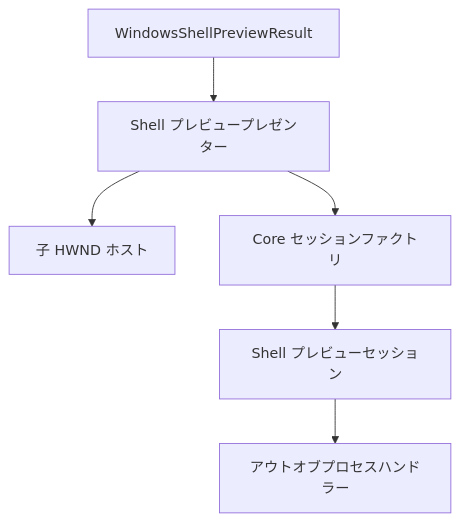
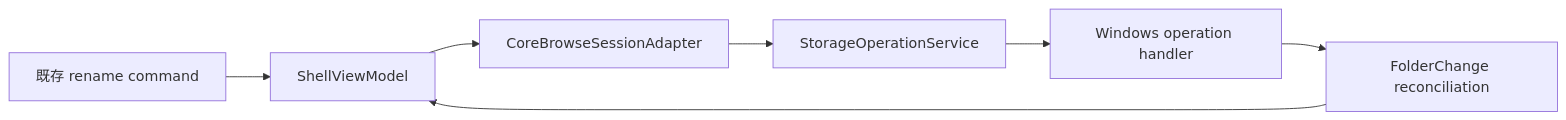
The fourth of 4 diagrams in docs/architecture/files-app.md (0x5bfa/Files), drawn with Mermaid before and after one commit. The commit also changed other lines of this file and 2 other files, not shown here.

Commit message:
Document the Files.App Core integration boundary

````diff
--- a/docs/architecture/files-app.md
+++ b/docs/architecture/files-app.md
@@ -486,15 +124,12 @@
 ```mermaid
-flowchart TD
-    Snapshot["WindowsShellPreviewResult"]
-    Presenter["Shell プレビュープレゼンター"]
-    Host["子 HWND ホスト"]
-    Factory["Core セッションファクトリ"]
-    Session["Shell プレビューセッション"]
-    Handler["アウトオブプロセスハンドラー"]
+flowchart LR
+    Command["既存 rename command"]
+    Shell["ShellViewModel"]
+    Adapter["CoreBrowseSessionAdapter"]
+    Service["StorageOperationService"]
+    Provider["Windows operation handler"]
+    Watcher["FolderChange reconciliation"]
 
-    Snapshot --> Presenter
-    Presenter --> Host
-    Presenter --> Factory
-    Factory --> Session
-    Session --> Handler
+    Command --> Shell --> Adapter --> Service --> Provider --> Watcher
+    Watcher --> Shell
 ```
````
